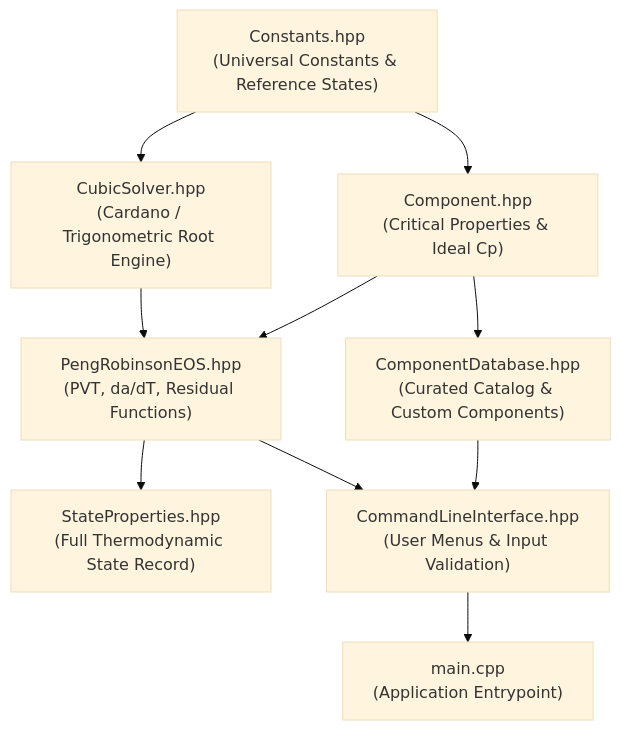
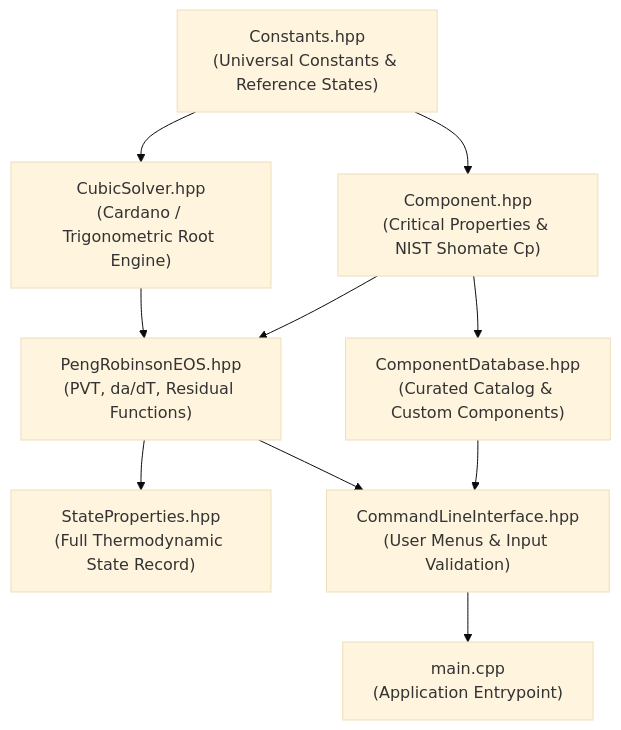
The first of 2 diagrams in docs/IMPLEMENTATION_ROADMAP.md (harsh-bitverse/thermo-eos-solver), drawn with Mermaid (base theme) before and after one commit. The commit also changed other lines of this file and 2 other files, not shown here.

````diff
--- a/docs/IMPLEMENTATION_ROADMAP.md
+++ b/docs/IMPLEMENTATION_ROADMAP.md
@@ -52,12 +54,12 @@
 ```mermaid
 graph TD
-    Constants["Constants.hpp<br/>(Universal Constants & Reference States)"] --> Component["Component.hpp<br/>(Critical Properties & Ideal Cp)"]
+    Constants["Constants.hpp<br/>(Universal Constants & Reference States)"] --> Component["Component.hpp<br/>(Critical Properties & NIST Shomate Cp)"]
     Component --> Database["ComponentDatabase.hpp<br/>(Curated Catalog & Custom Components)"]
     Constants --> CubicSolver["CubicSolver.hpp<br/>(Cardano / Trigonometric Root Engine)"]
     Component --> PR["PengRobinsonEOS.hpp<br/>(PVT, da/dT, Residual Functions)"]
     CubicSolver --> PR
     PR --> State["StateProperties.hpp<br/>(Full Thermodynamic State Record)"]
     Database --> CLI["CommandLineInterface.hpp<br/>(User Menus & Input Validation)"]
     PR --> CLI
     CLI --> Main["main.cpp<br/>(Application Entrypoint)"]
 ```
````
